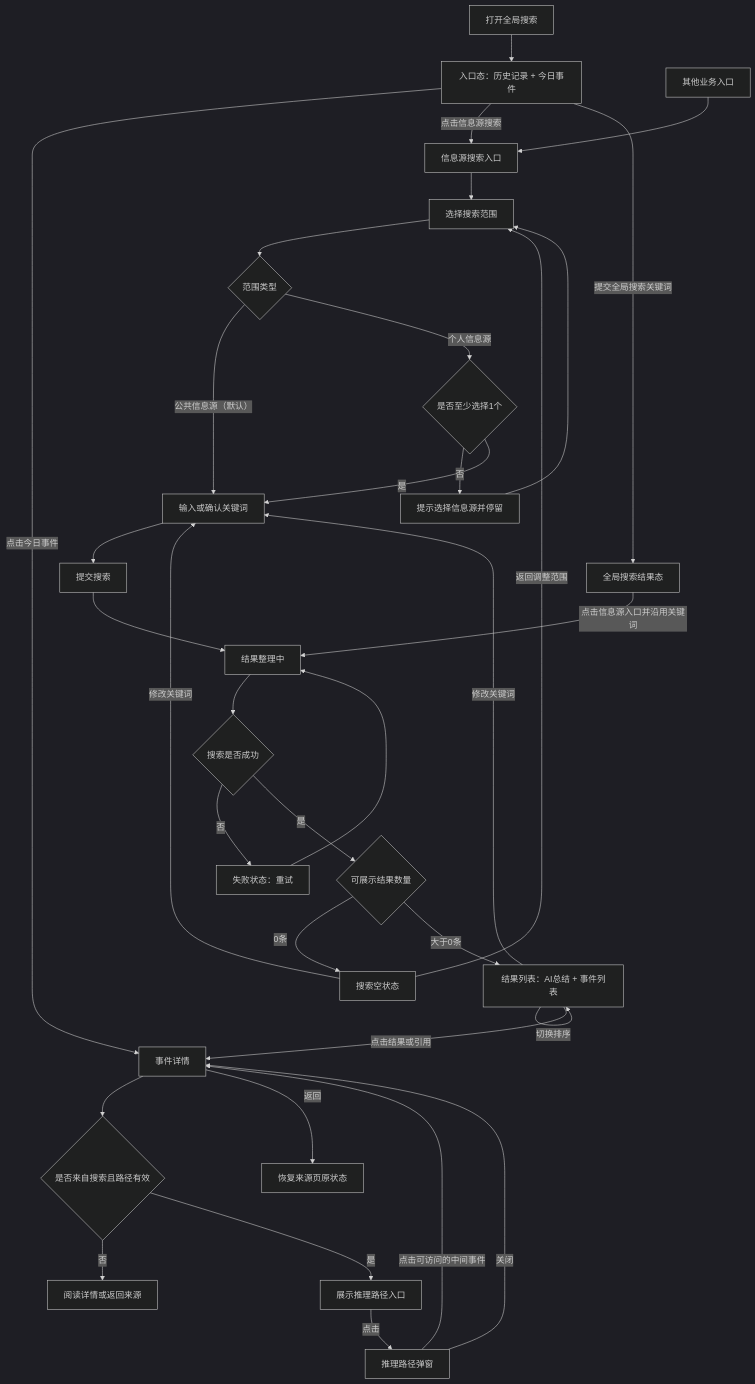
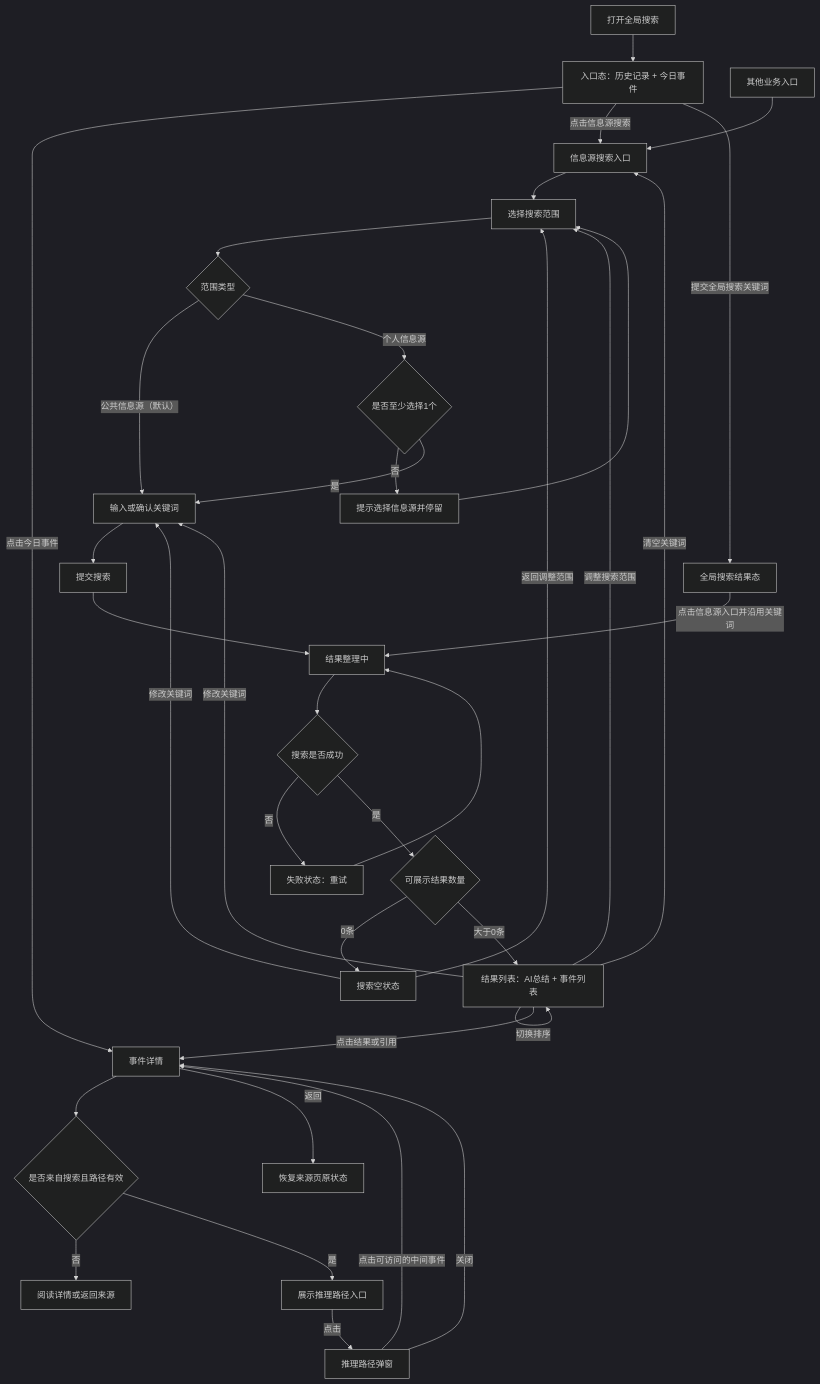
One commit to simiy70/zleap-app changed the second of 2 diagrams in 信息源搜索-需求文档.md. Above: the diagram before and after it, drawn with Mermaid (dark theme). The commit also changed other lines of this file and 4 other files, not shown here.

````diff
--- a/信息源搜索-需求文档.md
+++ b/信息源搜索-需求文档.md
@@ -74,40 +74,42 @@
 ```mermaid
 flowchart TD
     A["打开全局搜索"] --> B["入口态：历史记录 + 今日事件"]
     B -->|"点击今日事件"| M["事件详情"]
     B -->|"点击信息源搜索"| C["信息源搜索入口"]
     B -->|"提交全局搜索关键词"| W["全局搜索结果态"]
     W -->|"点击信息源入口并沿用关键词"| J
     N["其他业务入口"] --> C
 
     C --> D["选择搜索范围"]
     D --> E{"范围类型"}
     E -->|"公共信息源（默认）"| H["输入或确认关键词"]
     E -->|"个人信息源"| F{"是否至少选择1个"}
     F -->|"否"| G["提示选择信息源并停留"]
     G --> D
     F -->|"是"| H
 
     H --> I["提交搜索"]
     I --> J["结果整理中"]
     J --> K{"搜索是否成功"}
     K -->|"否"| L["失败状态：重试"]
     L --> J
     K -->|"是"| O{"可展示结果数量"}
     O -->|"0条"| P["搜索空状态"]
     P -->|"修改关键词"| H
     P -->|"返回调整范围"| D
     O -->|"大于0条"| Q["结果列表：AI总结 + 事件列表"]
 
     Q -->|"切换排序"| Q
     Q -->|"修改关键词"| H
+    Q -->|"调整搜索范围"| D
+    Q -->|"清空关键词"| C
     Q -->|"点击结果或引用"| M
 
     M --> R{"是否来自搜索且路径有效"}
     R -->|"否"| S["阅读详情或返回来源"]
     R -->|"是"| T["展示推理路径入口"]
     T -->|"点击"| U["推理路径弹窗"]
     U -->|"点击可访问的中间事件"| M
     U -->|"关闭"| M
     M -->|"返回"| V["恢复来源页原状态"]
 ```
````
